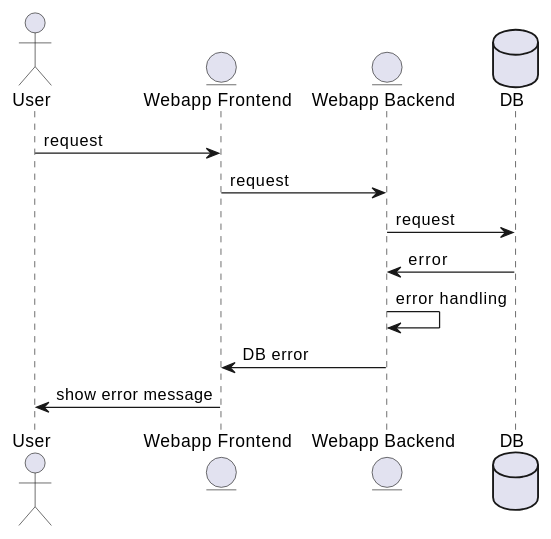
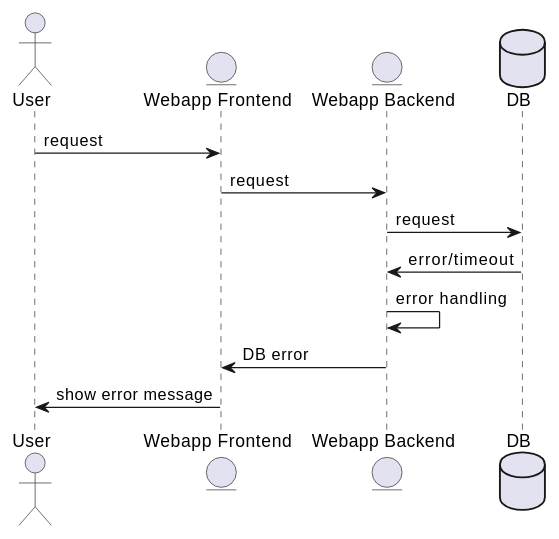
The eighth of 8 diagrams in docs/src/06_runtime_view.adoc (Arquisoft/wiq_en1b), drawn with PlantUML before and after one commit. The commit also changed other lines of this file, not shown here.

Commit message:
Added time limit and changed Answer Question diagram

```diff
--- a/docs/src/06_runtime_view.adoc
+++ b/docs/src/06_runtime_view.adoc
@@ -164,14 +164,14 @@
 [plantuml,"DB error",png]
 ----
 actor User
 entity Frontend as "Webapp Frontend"
 entity Backend as "Webapp Backend"
 database DB
 User -> Frontend: request
 Frontend -> Backend: request
 Backend -> DB: request
-DB -> Backend: error
+DB -> Backend: error/timeout
 Backend -> Backend: error handling
 Backend -> Frontend: DB error
 Frontend -> User: show error message
 ----
```
